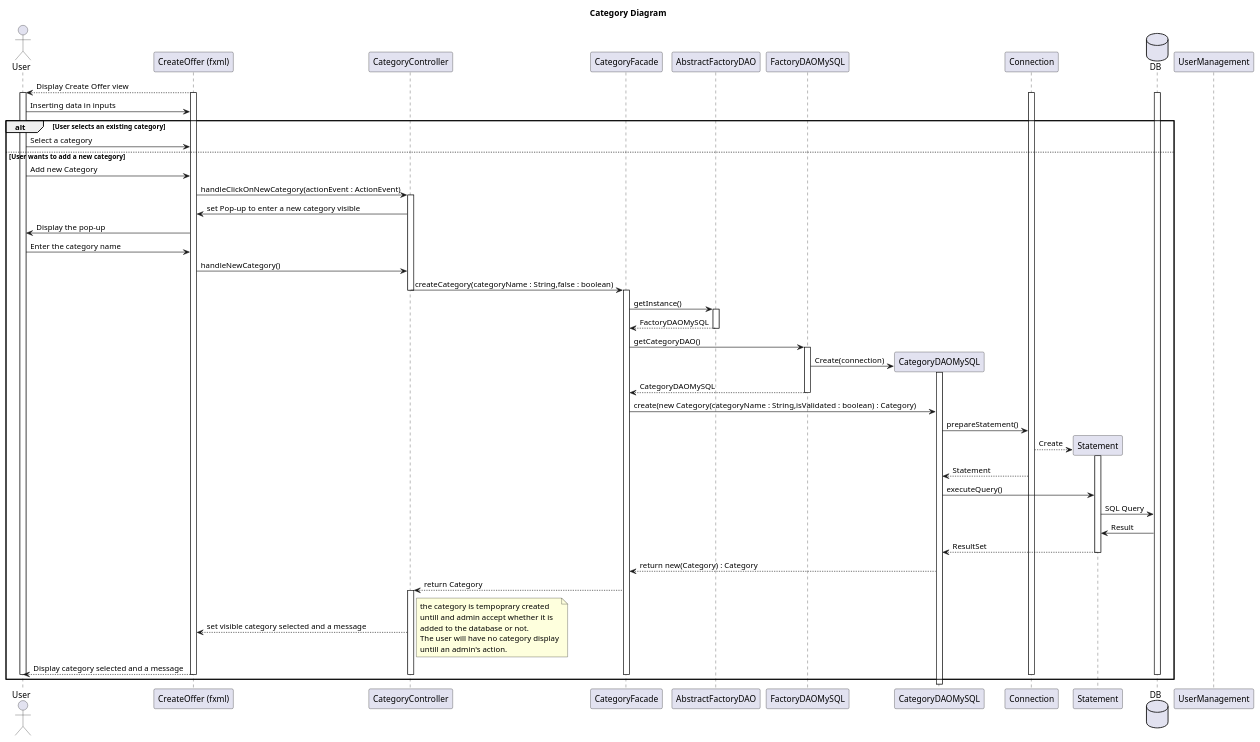
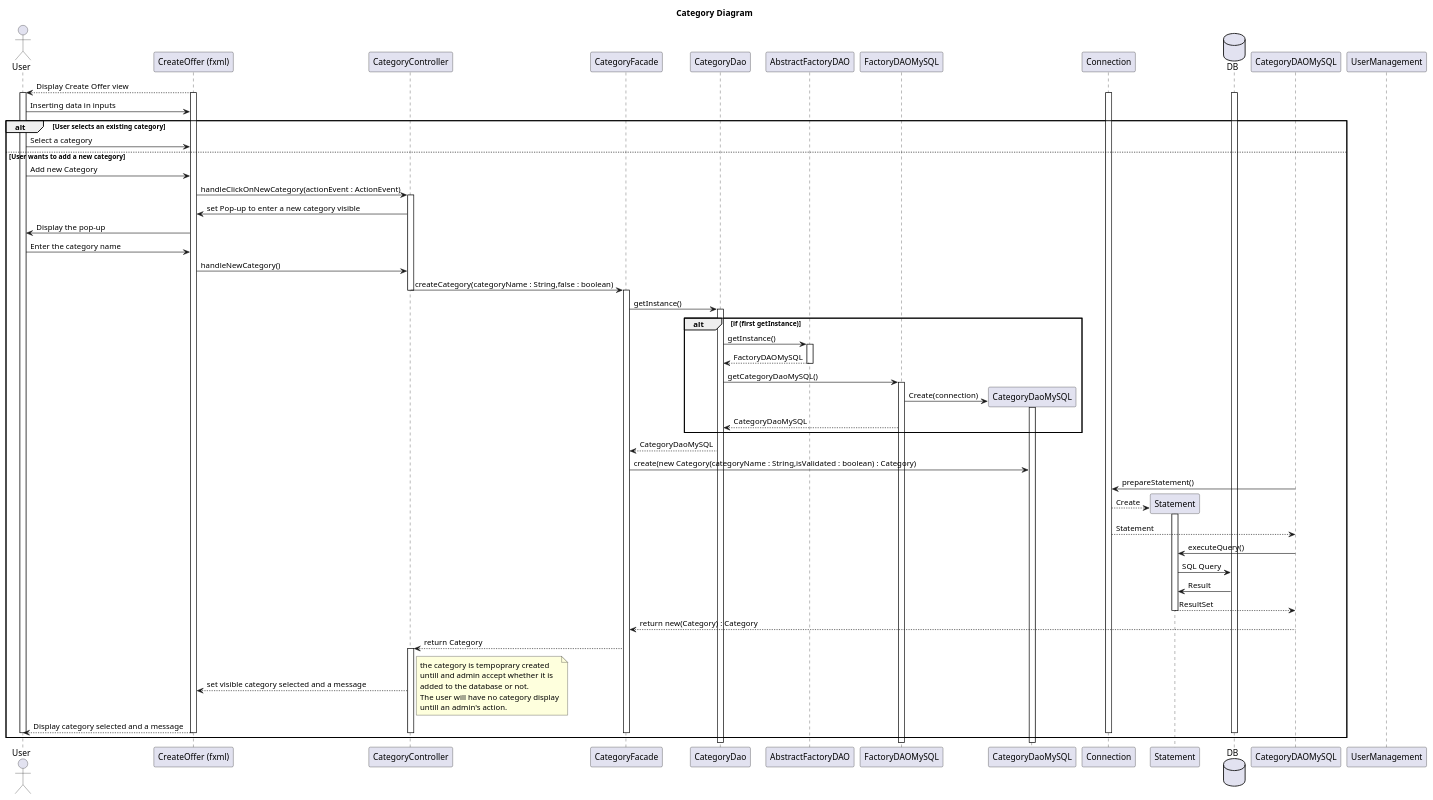
Before and after one commit to LaunoisRemy/ToolShare: the diagram in documents/diagram/category/categorySequence.puml, drawn with PlantUML. The commit also changed 1 other file, not shown here.

Commit message:
UPDATE Category Diagrams to match the Singleton

```diff
--- a/documents/diagram/category/categorySequence.puml
+++ b/documents/diagram/category/categorySequence.puml
@@ -1,120 +1,123 @@
 @startuml
 title Category Diagram
 
 actor User
 participant "CreateOffer (fxml)"
 participant CategoryController
 participant CategoryFacade
+participant CategoryDao
 participant AbstractFactoryDAO
 participant FactoryDAOMySQL
-participant CategoryDAOMySQL
+participant CategoryDaoMySQL
 participant Connection
 participant Statement
 database DB
 
 
 "CreateOffer (fxml)"-->User: Display Create Offer view
 
 activate "CreateOffer (fxml)"
 activate User
 activate DB
 activate Connection
 
 User->"CreateOffer (fxml)": Inserting data in inputs
 
 alt User selects an existing category
     User->"CreateOffer (fxml)": Select a category
 else User wants to add a new category
     User ->  "CreateOffer (fxml)":Add new Category
     "CreateOffer (fxml)" -> CategoryController:handleClickOnNewCategory(actionEvent : ActionEvent)
     activate CategoryController
 
     CategoryController -> "CreateOffer (fxml)":set Pop-up to enter a new category visible
     "CreateOffer (fxml)" ->User  :Display the pop-up
     User ->  "CreateOffer (fxml)":Enter the category name
     "CreateOffer (fxml)"->CategoryController: handleNewCategory()
     CategoryController -> CategoryFacade : createCategory(categoryName : String,false : boolean)
 
     deactivate CategoryController
     activate CategoryFacade
 
-    CategoryFacade->AbstractFactoryDAO:getInstance()
 
-    activate AbstractFactoryDAO
-    AbstractFactoryDAO--> CategoryFacade : FactoryDAOMySQL
-    deactivate AbstractFactoryDAO
+    CategoryFacade->CategoryDao : getInstance()
+    alt if (first getInstance)
+        activate CategoryDao
+        CategoryDao -> AbstractFactoryDAO : getInstance()
+        activate AbstractFactoryDAO
+        AbstractFactoryDAO --> CategoryDao : FactoryDAOMySQL
+        deactivate AbstractFactoryDAO
 
-    CategoryFacade -> FactoryDAOMySQL:getCategoryDAO()
+        CategoryDao -> FactoryDAOMySQL : getCategoryDaoMySQL()
+        activate FactoryDAOMySQL
+        FactoryDAOMySQL -> CategoryDaoMySQL **:Create(connection)
+        activate CategoryDaoMySQL
+        FactoryDAOMySQL --> CategoryDao : CategoryDaoMySQL
+    end
+    CategoryDao --> CategoryFacade : CategoryDaoMySQL
 
-    activate FactoryDAOMySQL
 
-    FactoryDAOMySQL->CategoryDAOMySQL **:Create(connection)
 
-    activate CategoryDAOMySQL
-    FactoryDAOMySQL-->CategoryFacade:CategoryDAOMySQL
-
-    deactivate FactoryDAOMySQL
-
-    CategoryFacade->CategoryDAOMySQL: create(new Category(categoryName : String,isValidated : boolean) : Category)
+    CategoryFacade->CategoryDaoMySQL: create(new Category(categoryName : String,isValidated : boolean) : Category)
 
     CategoryDAOMySQL->Connection: prepareStatement()
 
     Connection-->Statement **: Create
 
     activate Statement
 
     Connection-->CategoryDAOMySQL: Statement
 
 
     CategoryDAOMySQL->Statement:executeQuery()
 
     Statement->DB: SQL Query
 
     DB->Statement:Result
 
     Statement-->CategoryDAOMySQL: ResultSet
 
     deactivate Statement
 
     CategoryDAOMySQL-->CategoryFacade: return new(Category) : Category
 
     CategoryFacade-->CategoryController : return Category
     activate CategoryController
     CategoryController-->"CreateOffer (fxml)":set visible category selected and a message
     note right
         the category is tempoprary created
         untill and admin accept whether it is
         added to the database or not.
         The user will have no category display
         untill an admin's action.
     end note
     "CreateOffer (fxml)"-->User:Display category selected and a message
 
     deactivate CategoryFacade
     deactivate "CreateOffer (fxml)"
     deactivate CategoryController
     deactivate Connection
     deactivate DB
     deactivate UserManagement
     deactivate User
 end
 
 
 
 
 
 
 
 
 
 
 
 
 
 
 
 
 
 
 
 @enduml
```
